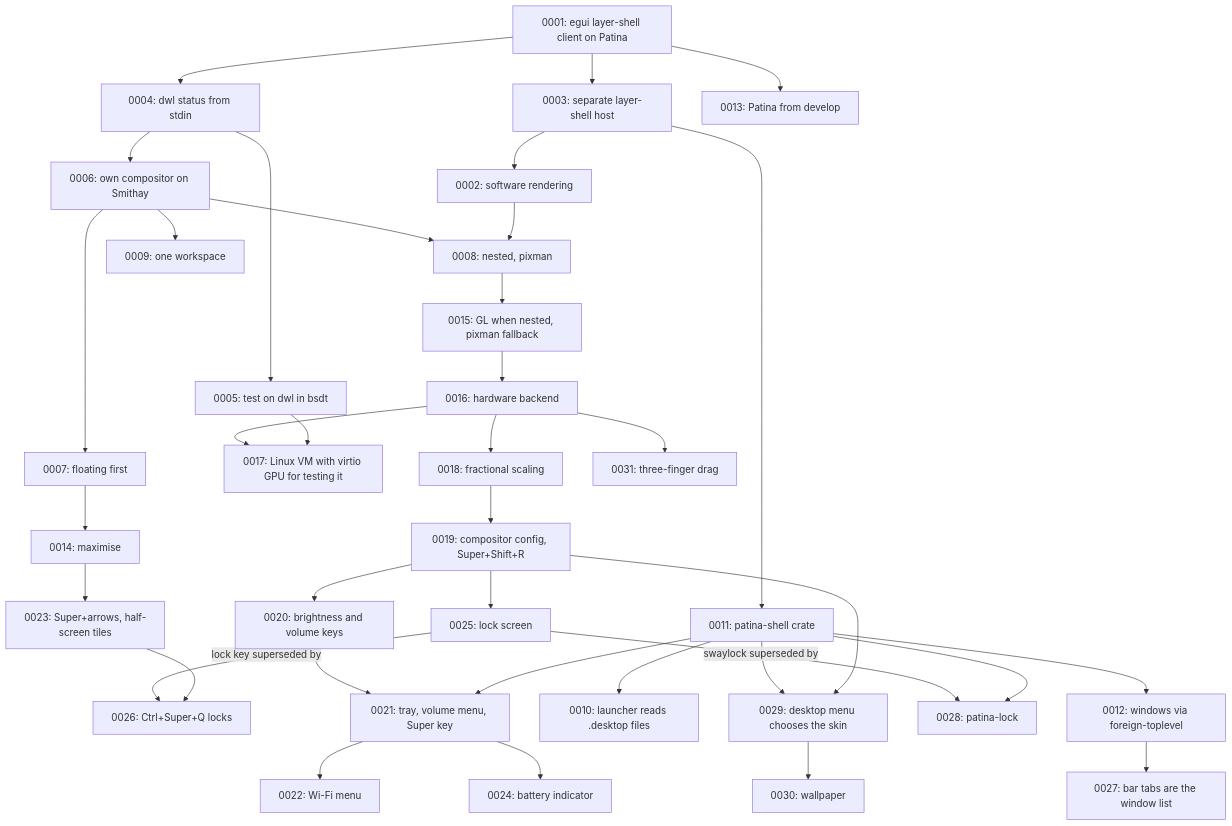
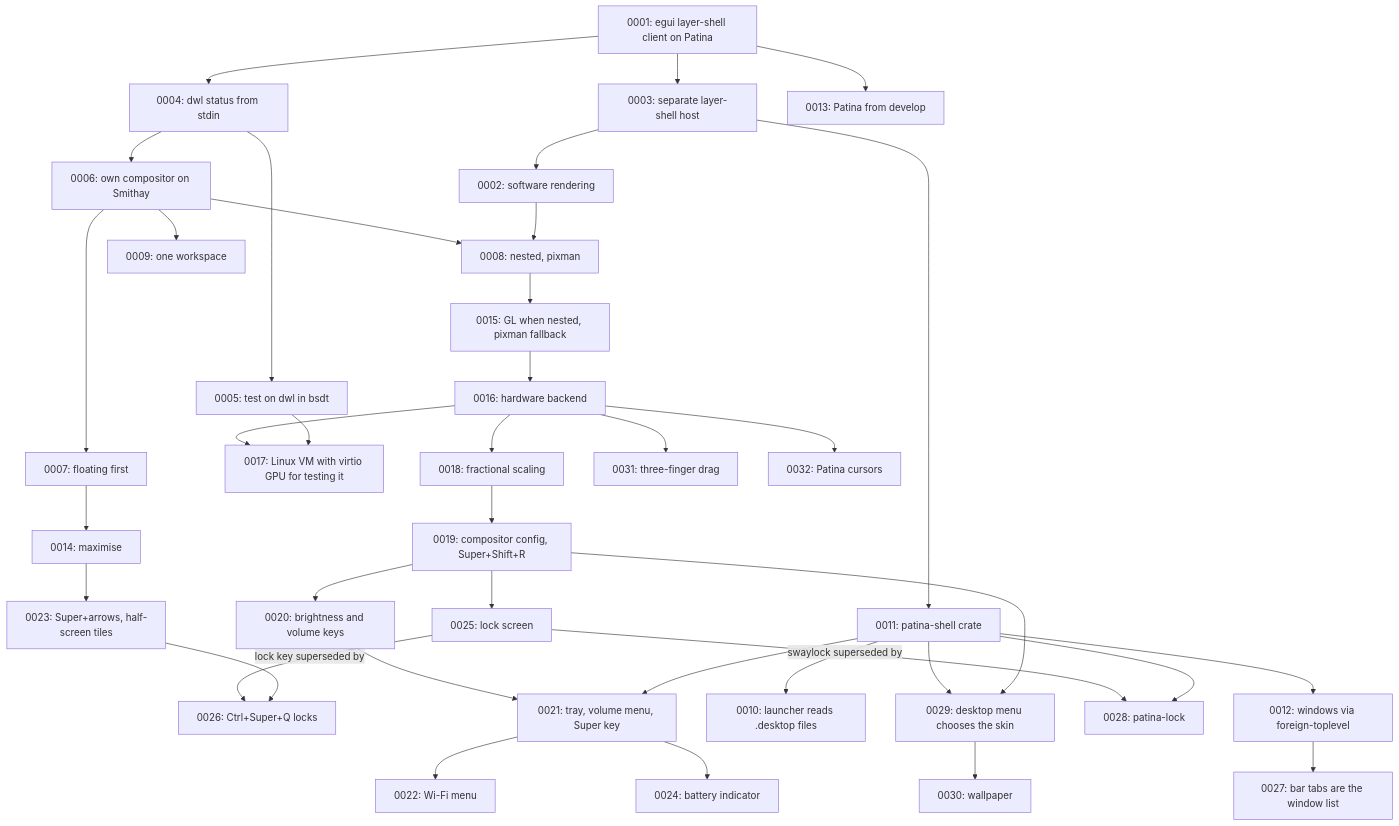
Before and after one commit to Sector-F-Labs/patina-desktop: the diagram in docs/adr/README.md, drawn with Mermaid. The commit also changed other lines of this file and 13 other files, not shown here.

First line of the commit message:
Patina's own cursors, by name through cursor-shape, and the compositor's during a grab

````diff
--- a/docs/adr/README.md
+++ b/docs/adr/README.md
@@ -79,39 +80,40 @@
 ```mermaid
 flowchart TD
     A[0001: egui layer-shell client on Patina] --> B[0003: separate layer-shell host]
     B --> C[0002: software rendering]
     A --> D[0004: dwl status from stdin]
     D --> E[0005: test on dwl in bsdt]
     D --> F[0006: own compositor on Smithay]
     F --> G[0007: floating first]
     G --> N[0014: maximise]
     N --> W[0023: Super+arrows, half-screen tiles]
     F --> H[0008: nested, pixman]
     H --> O[0015: GL when nested, pixman fallback]
     O --> P[0016: hardware backend]
     P --> Q[0017: Linux VM with virtio GPU for testing it]
     P --> R[0018: fractional scaling]
     R --> S[0019: compositor config, Super+Shift+R]
     S --> T[0020: brightness and volume keys]
     S --> Y[0025: lock screen]
     Y -->|lock key superseded by| Z[0026: Ctrl+Super+Q locks]
     W --> Z
     T --> U[0021: tray, volume menu, Super key]
     U --> V[0022: Wi-Fi menu]
     U --> X[0024: battery indicator]
     K --> U
     E --> Q
     C --> H
     F --> I[0009: one workspace]
     B --> K[0011: patina-shell crate]
     K --> J[0010: launcher reads .desktop files]
     K --> L[0012: windows via foreign-toplevel]
     L --> AA[0027: bar tabs are the window list]
     Y -->|swaylock superseded by| AB[0028: patina-lock]
     K --> AB
     K --> AC[0029: desktop menu chooses the skin]
     S --> AC
     AC --> AD[0030: wallpaper]
     P --> AE[0031: three-finger drag]
+    P --> AF[0032: Patina cursors]
     A --> M[0013: Patina from develop]
 ```
````
